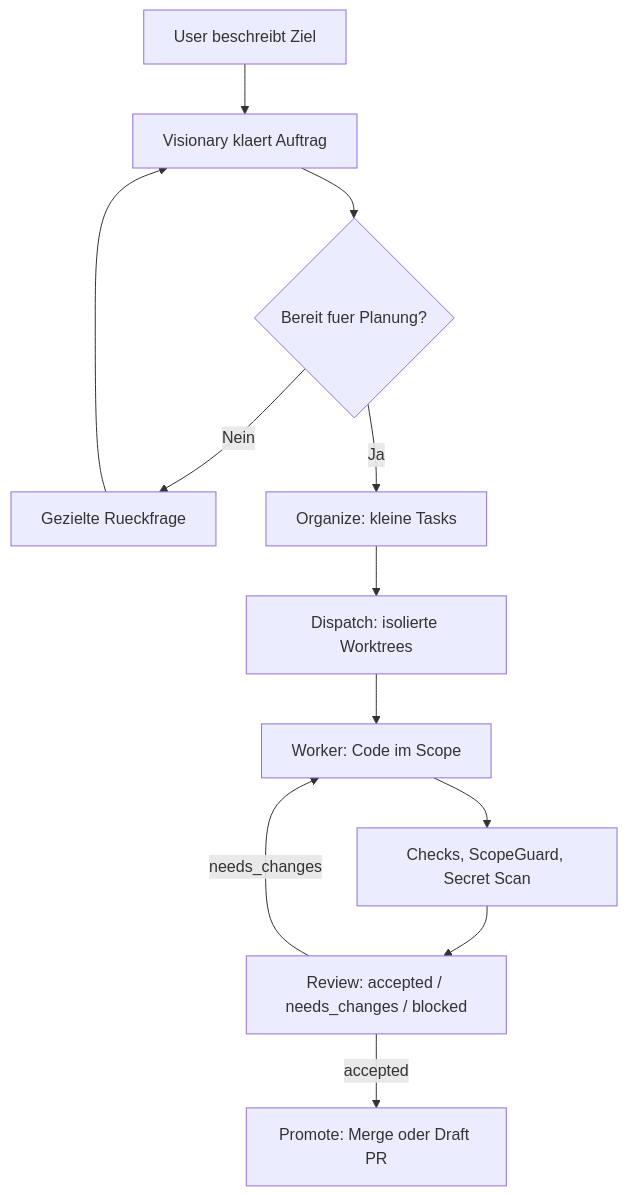
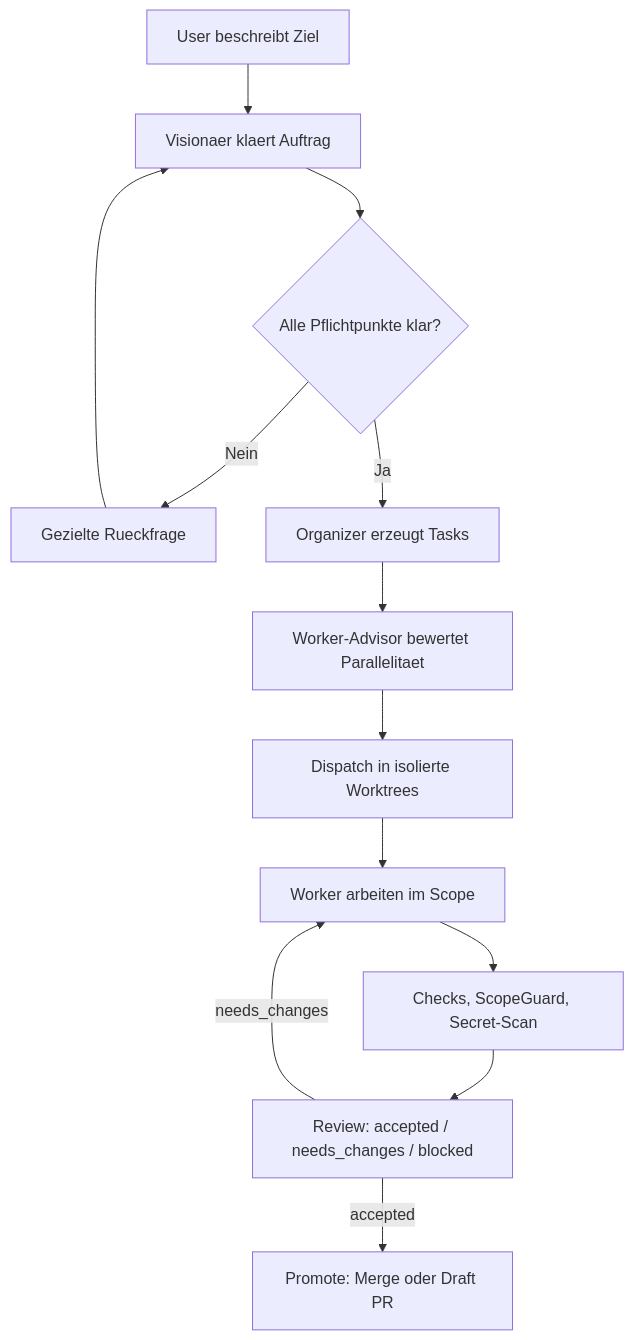
One commit to JeansBraindead/Codex-VOCR changed the first of 3 diagrams in README.md. Above: the diagram before and after it, drawn with Mermaid. The commit also changed other lines of this file, not shown here.

````diff
--- a/README.md
+++ b/README.md
@@ -50,14 +81,15 @@
 ```mermaid
 flowchart TD
-    U["User beschreibt Ziel"] --> V["Visionary klaert Auftrag"]
-    V --> R{"Bereit fuer Planung?"}
-    R -- "Nein" --> Q["Gezielte Rueckfrage"]
+    U["User beschreibt Ziel"] --> V["Visionaer klaert Auftrag"]
+    V --> G{"Alle Pflichtpunkte klar?"}
+    G -- "Nein" --> Q["Gezielte Rueckfrage"]
     Q --> V
-    R -- "Ja" --> O["Organize: kleine Tasks"]
-    O --> D["Dispatch: isolierte Worktrees"]
-    D --> W["Worker: Code im Scope"]
-    W --> C["Checks, ScopeGuard, Secret Scan"]
-    C --> RV["Review: accepted / needs_changes / blocked"]
-    RV -- "needs_changes" --> W
-    RV -- "accepted" --> P["Promote: Merge oder Draft PR"]
+    G -- "Ja" --> O["Organizer erzeugt Tasks"]
+    O --> A["Worker-Advisor bewertet Parallelitaet"]
+    A --> D["Dispatch in isolierte Worktrees"]
+    D --> W["Worker arbeiten im Scope"]
+    W --> C["Checks, ScopeGuard, Secret-Scan"]
+    C --> R["Review: accepted / needs_changes / blocked"]
+    R -- "needs_changes" --> W
+    R -- "accepted" --> P["Promote: Merge oder Draft PR"]
 ```
````
